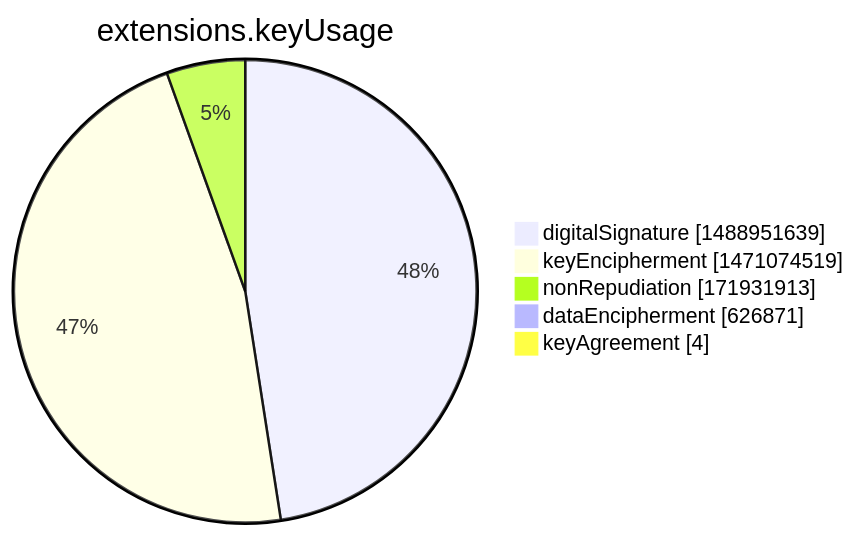
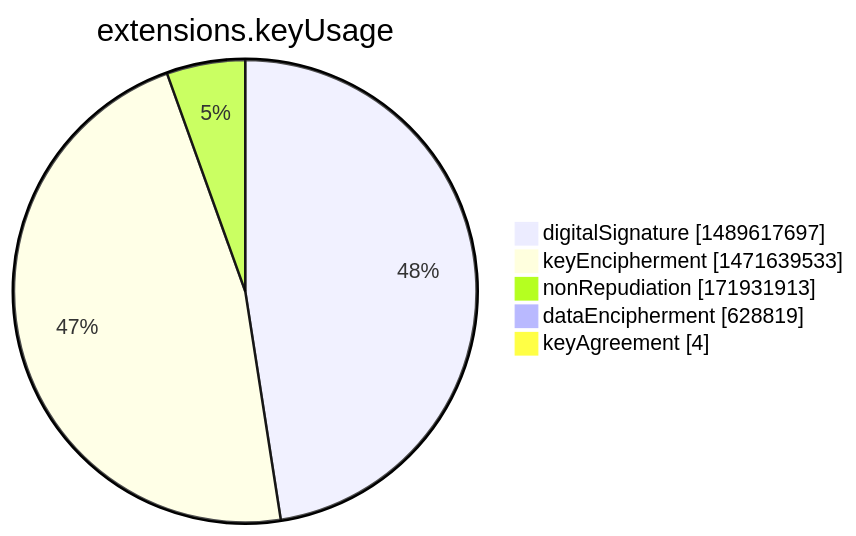
One commit to christiankrug/ctmonitor_visualization changed the seventh of 15 diagrams in argon2022/README.md. Above: the diagram before and after it, drawn with Mermaid. The commit also changed other lines of this file, not shown here.

````diff
--- a/argon2022/README.md
+++ b/argon2022/README.md
@@ -2751,9 +2751,9 @@
 ```mermaid
 pie showData
 title extensions.keyUsage
-"digitalSignature" :1488951639
-"keyEncipherment" :1471074519
+"digitalSignature" :1489617697
+"keyEncipherment" :1471639533
 "nonRepudiation" :171931913
-"dataEncipherment" :626871
+"dataEncipherment" :628819
 "keyAgreement" :4
 ```
````
